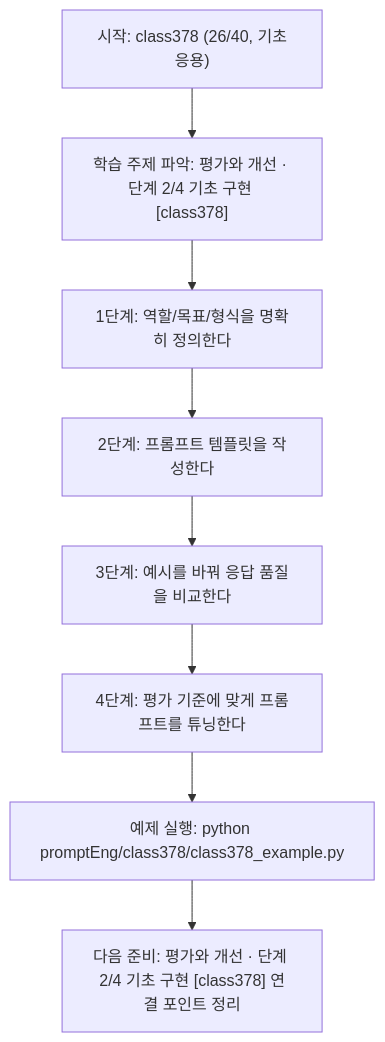
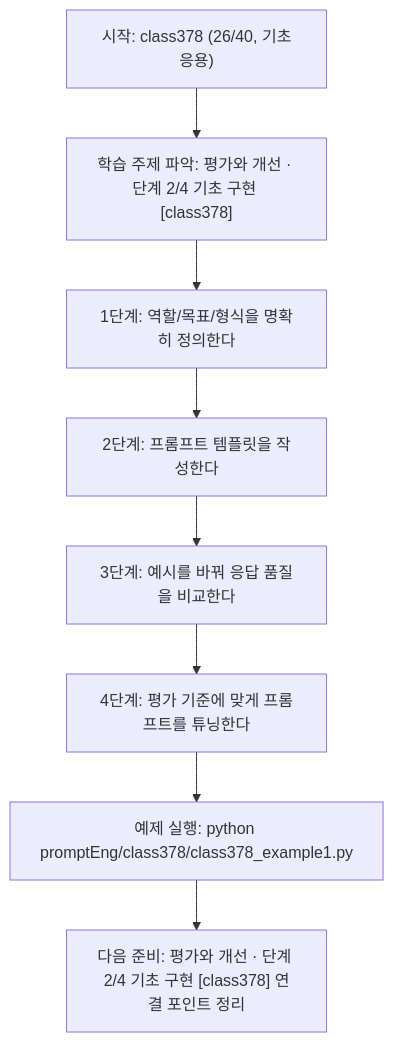
The diagram in promptEng/class378/class378.md (edumgt/Python-AI_Agent-Class), drawn with Mermaid before and after one commit. The commit also changed other lines of this file and 2959 other files, not shown here.

````diff
--- a/promptEng/class378/class378.md
+++ b/promptEng/class378/class378.md
@@ -109,18 +109,18 @@
 ```mermaid
 flowchart TD
 N1["시작: class378 (26/40, 기초응용)"]
 N2["학습 주제 파악: 평가와 개선 · 단계 2/4 기초 구현 [class378]"]
 N3["1단계: 역할/목표/형식을 명확히 정의한다"]
 N4["2단계: 프롬프트 템플릿을 작성한다"]
 N5["3단계: 예시를 바꿔 응답 품질을 비교한다"]
 N6["4단계: 평가 기준에 맞게 프롬프트를 튜닝한다"]
-N7["예제 실행: python promptEng/class378/class378_example.py"]
+N7["예제 실행: python promptEng/class378/class378_example1.py"]
 N8["다음 준비: 평가와 개선 · 단계 2/4 기초 구현 [class378] 연결 포인트 정리"]
 N1 --> N2
 N2 --> N3
 N3 --> N4
 N4 --> N5
 N5 --> N6
 N6 --> N7
 N7 --> N8
 ```
````
